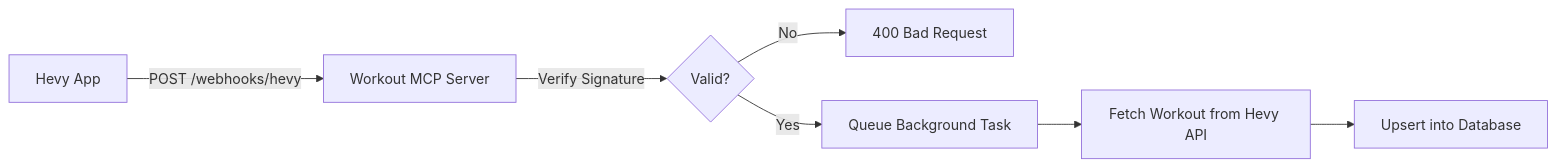
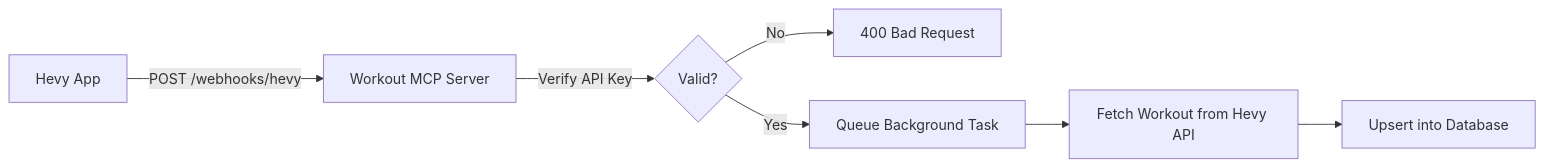
One commit to Ramir0/workout-mcp changed the third of 3 diagrams in README.md. Above: the diagram before and after it, drawn with Mermaid. The commit also changed other lines of this file and 8 other files, not shown here.

First line of the commit message:
Switch to API Key approach (#47)

````diff
--- a/README.md
+++ b/README.md
@@ -301,9 +275,9 @@
 ```mermaid
 flowchart LR
     H[Hevy App] -->|POST /webhooks/hevy| W[Workout MCP Server]
-    W -->|Verify Signature| V{Valid?}
+    W -->|Verify API Key| V{Valid?}
     V -->|No| R1[400 Bad Request]
     V -->|Yes| P[Queue Background Task]
     P --> F[Fetch Workout from Hevy API]
     F --> U[Upsert into Database]
 ```
````
